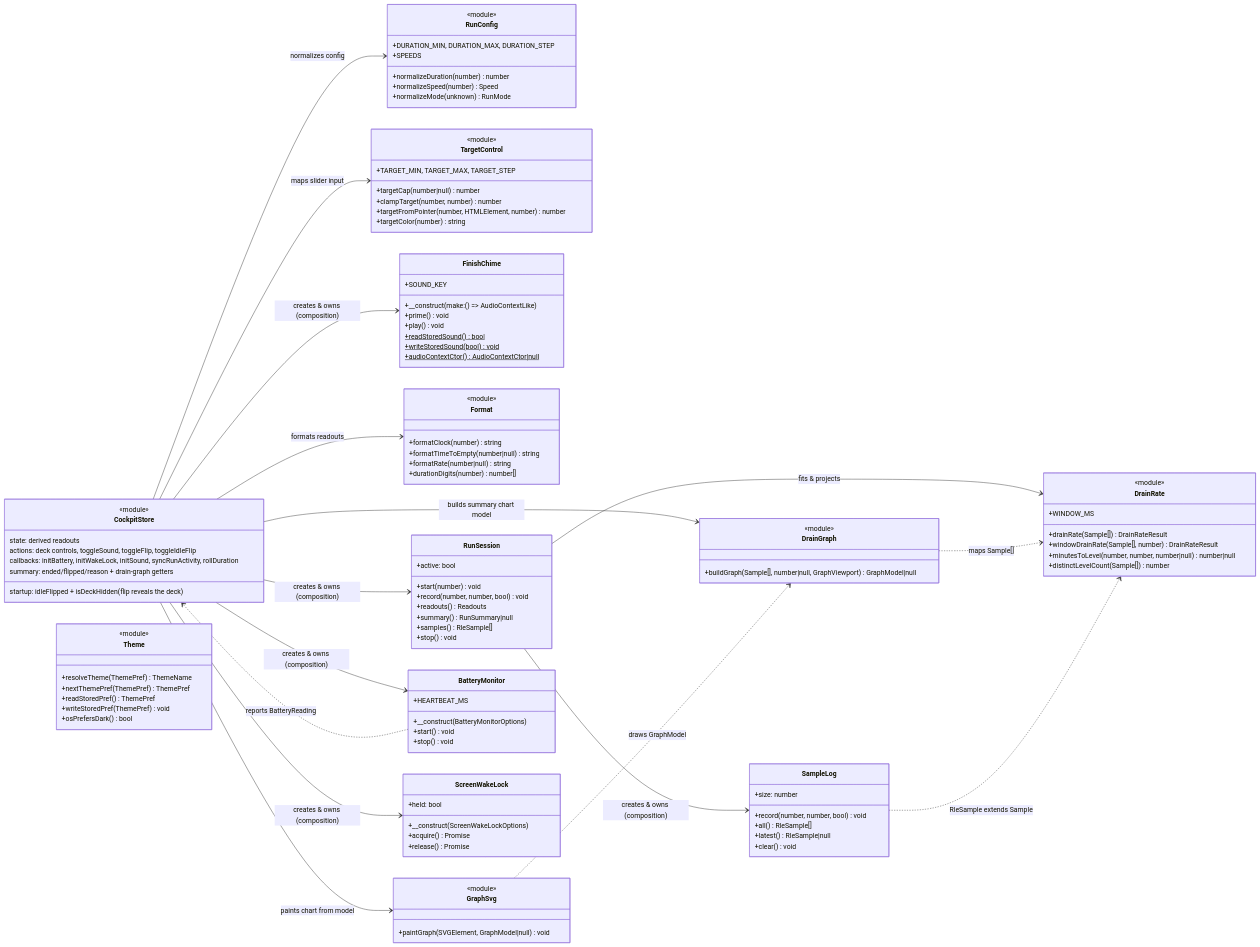
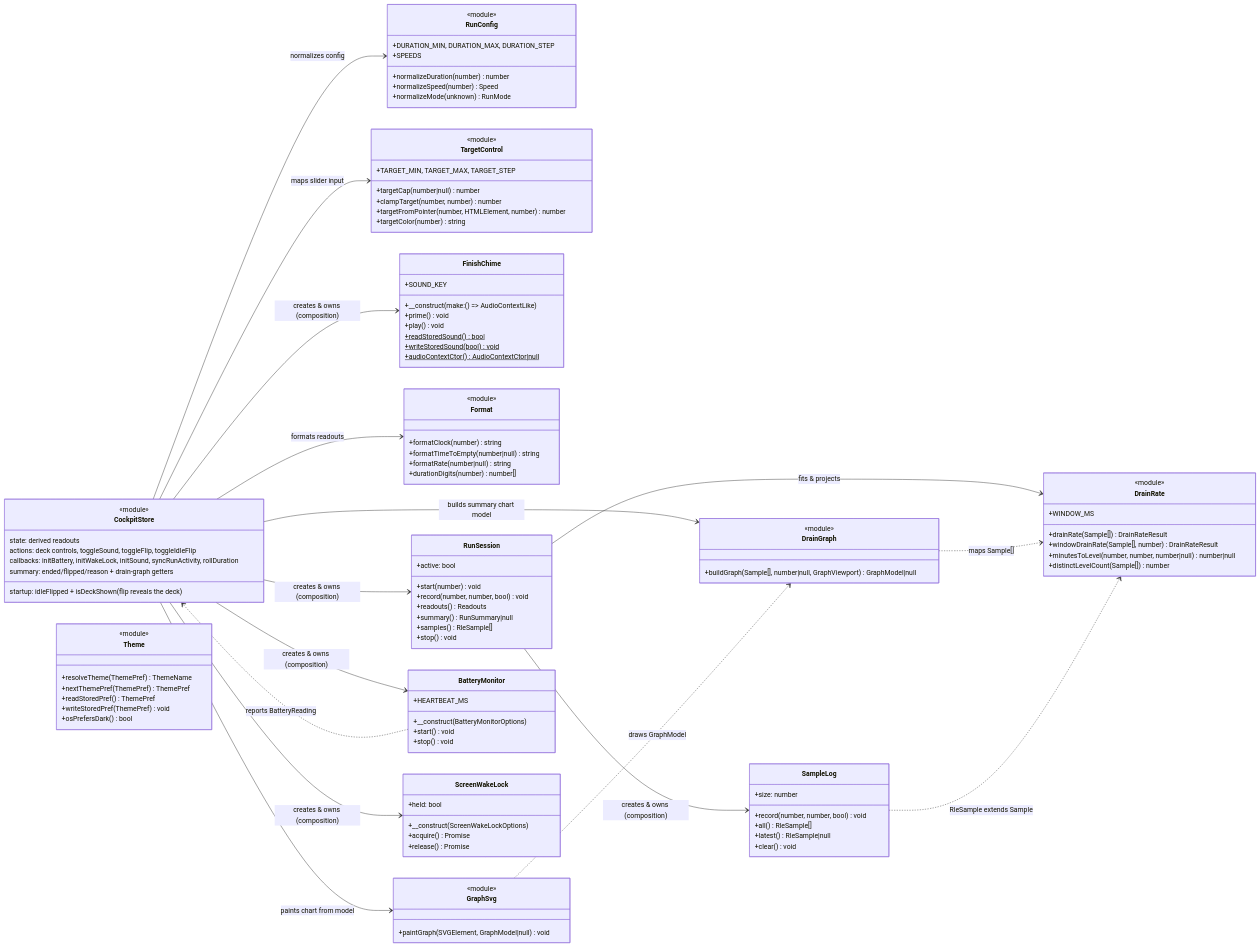
The diagram in docs/contracts/cockpit-frontend-modules.mmd (erdembircan/battery-surf-bench), drawn with Mermaid before and after one commit. The commit also changed 7 other files, not shown here.

Commit message:
[FIX]: render startup deck hidden to avoid hydration flash

```diff
--- a/docs/contracts/cockpit-frontend-modules.mmd
+++ b/docs/contracts/cockpit-frontend-modules.mmd
@@ -1,130 +1,130 @@
 %% Cockpit front-end modules — contract chart.
 %% The client side of the `bsb/cockpit` block: the Interactivity store and the
 %% focused domains it delegates to. Function-only modules are marked
 %% <<module>>; the rest are classes. Only the public (exported) surface is shown.
 classDiagram
     direction LR
 
     class CockpitStore {
         <<module>>
         state: derived readouts
         actions: deck controls, toggleSound, toggleFlip, toggleIdleFlip
         callbacks: initBattery, initWakeLock, initSound, syncRunActivity, rollDuration
-        startup: idleFlipped + isDeckHidden (flip reveals the deck)
+        startup: idleFlipped + isDeckShown (flip reveals the deck)
         summary: ended/flipped/reason + drain-graph getters
     }
 
     class RunConfig {
         <<module>>
         +normalizeDuration(number) number
         +normalizeSpeed(number) Speed
         +normalizeMode(unknown) RunMode
         +DURATION_MIN, DURATION_MAX, DURATION_STEP
         +SPEEDS
     }
 
     class TargetControl {
         <<module>>
         +targetCap(number|null) number
         +clampTarget(number, number) number
         +targetFromPointer(number, HTMLElement, number) number
         +targetColor(number) string
         +TARGET_MIN, TARGET_MAX, TARGET_STEP
     }
 
     %% Dark mode is disabled: the Theme module is retained in the codebase but
     %% intentionally unwired — the store no longer imports it, so the cockpit
     %% renders the light palette only and nothing reads/writes the stored pref.
     class Theme {
         <<module>>
         +resolveTheme(ThemePref) ThemeName
         +nextThemePref(ThemePref) ThemePref
         +readStoredPref() ThemePref
         +writeStoredPref(ThemePref) void
         +osPrefersDark() bool
     }
 
     class FinishChime {
         +__construct(make: () =&gt; AudioContextLike)
         +prime() void
         +play() void
         +readStoredSound()$ bool
         +writeStoredSound(bool)$ void
         +audioContextCtor()$ AudioContextCtor|null
         +SOUND_KEY
     }
 
     class Format {
         <<module>>
         +formatClock(number) string
         +formatTimeToEmpty(number|null) string
         +formatRate(number|null) string
         +durationDigits(number) number[]
     }
 
     class DrainRate {
         <<module>>
         +drainRate(Sample[]) DrainRateResult
         +windowDrainRate(Sample[], number) DrainRateResult
         +minutesToLevel(number, number, number|null) number|null
         +distinctLevelCount(Sample[]) number
         +WINDOW_MS
     }
 
     class DrainGraph {
         <<module>>
         +buildGraph(Sample[], number|null, GraphViewport) GraphModel|null
     }
 
     class GraphSvg {
         <<module>>
         +paintGraph(SVGElement, GraphModel|null) void
     }
 
     class SampleLog {
         +record(number, number, bool) void
         +all() RleSample[]
         +latest() RleSample|null
         +size: number
         +clear() void
     }
 
     class RunSession {
         +start(number) void
         +active: bool
         +record(number, number, bool) void
         +readouts() Readouts
         +summary() RunSummary|null
         +samples() RleSample[]
         +stop() void
     }
 
     class BatteryMonitor {
         +__construct(BatteryMonitorOptions)
         +start() void
         +stop() void
         +HEARTBEAT_MS
     }
 
     class ScreenWakeLock {
         +__construct(ScreenWakeLockOptions)
         +acquire() Promise
         +release() Promise
         +held: bool
     }
 
     CockpitStore --> RunConfig : normalizes config
     CockpitStore --> TargetControl : maps slider input
     CockpitStore --> Format : formats readouts
     CockpitStore --> BatteryMonitor : creates & owns (composition)
     CockpitStore --> ScreenWakeLock : creates & owns (composition)
     CockpitStore --> RunSession : creates & owns (composition)
     CockpitStore --> FinishChime : creates & owns (composition)
     BatteryMonitor ..> CockpitStore : reports BatteryReading
     CockpitStore --> DrainGraph : builds summary chart model
     CockpitStore --> GraphSvg : paints chart from model
     GraphSvg ..> DrainGraph : draws GraphModel
     RunSession --> SampleLog : creates & owns (composition)
     RunSession --> DrainRate : fits & projects
     DrainGraph ..> DrainRate : maps Sample[]
     SampleLog ..> DrainRate : RleSample extends Sample
```
